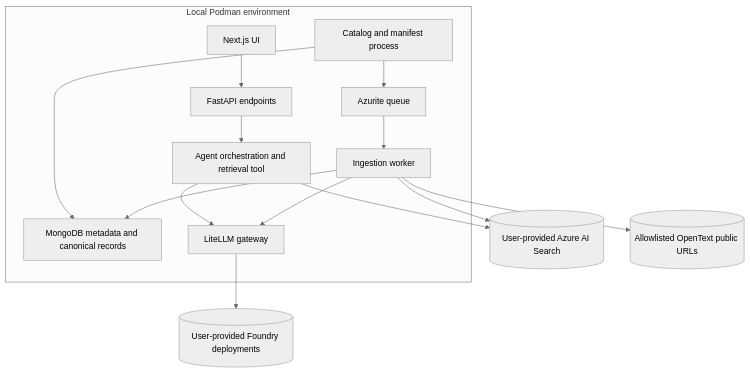
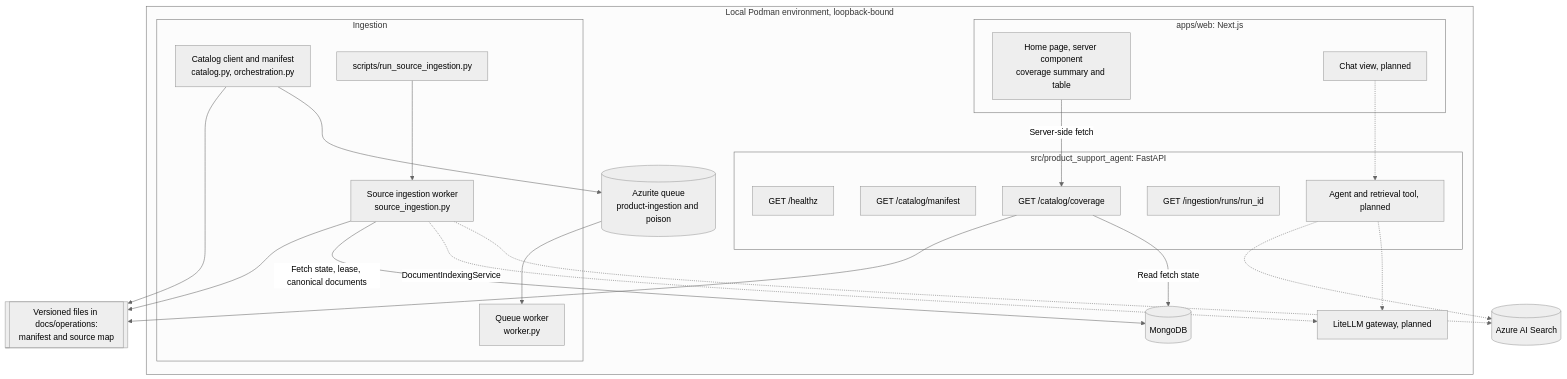
The second of 9 diagrams in docs/architecture/architecture-overview.md (ubk1004/product-support-agent), drawn with Mermaid (neutral theme) before and after one commit. The commit also changed other lines of this file and 68 other files, not shown here.

````diff
--- a/docs/architecture/architecture-overview.md
+++ b/docs/architecture/architecture-overview.md
@@ -54,29 +71,46 @@
 ```mermaid
 flowchart TB
-    subgraph Local["Local Podman environment"]
-        UI[Next.js UI]
-        API[FastAPI endpoints]
-        Agent[Agent orchestration and retrieval tool]
-        Catalog[Catalog and manifest process]
-        Worker[Ingestion worker]
-        Queue[Azurite queue]
-        Mongo[MongoDB metadata and canonical records]
-        Gateway[LiteLLM gateway]
-        UI --> API
-        API --> Agent
-        Agent --> Gateway
-        Catalog --> Queue
-        Catalog --> Mongo
-        Queue --> Worker
-        Worker --> Mongo
-        Worker --> Gateway
+    subgraph Local["Local Podman environment, loopback-bound"]
+        subgraph Web["apps/web: Next.js"]
+            Page["Home page, server component<br/>coverage summary and table"]
+            ChatUI["Chat view, planned"]
+        end
+
+        subgraph Backend["src/product_support_agent: FastAPI"]
+            Health["GET /healthz"]
+            ManifestAPI["GET /catalog/manifest"]
+            CoverageAPI["GET /catalog/coverage"]
+            RunsAPI["GET /ingestion/runs/run_id"]
+            Agent["Agent and retrieval tool, planned"]
+        end
+
+        subgraph Jobs["Ingestion"]
+            CatalogSvc["Catalog client and manifest<br/>catalog.py, orchestration.py"]
+            Phase2Worker["Queue worker<br/>worker.py"]
+            SourceWorker["Source ingestion worker<br/>source_ingestion.py"]
+            Runner["scripts/run_source_ingestion.py"]
+        end
+
+        Azurite[(Azurite queue<br/>product-ingestion and poison)]
+        Mongo[(MongoDB)]
+        LiteLLM["LiteLLM gateway, planned"]
     end
 
-    Search[(User-provided Azure AI Search)]
-    Foundry[(User-provided Foundry deployments)]
-    Sources[(Allowlisted OpenText public URLs)]
-    Agent --> Search
-    Worker --> Search
-    Gateway --> Foundry
-    Worker --> Sources
+    Files[["Versioned files in docs/operations:<br/>manifest and source map"]]
+    Search[(Azure AI Search)]
+
+    Page -->|Server-side fetch| CoverageAPI
+    ChatUI -.-> Agent
+    CoverageAPI --> Files
+    CoverageAPI -->|Read fetch state| Mongo
+    CatalogSvc --> Files
+    CatalogSvc --> Azurite
+    Azurite --> Phase2Worker
+    Runner --> SourceWorker
+    SourceWorker --> Files
+    SourceWorker -->|Fetch state, lease, canonical documents| Mongo
+    SourceWorker -.->|DocumentIndexingService| LiteLLM
+    SourceWorker -.-> Search
+    Agent -.-> Search
+    Agent -.-> LiteLLM
 ```
````
